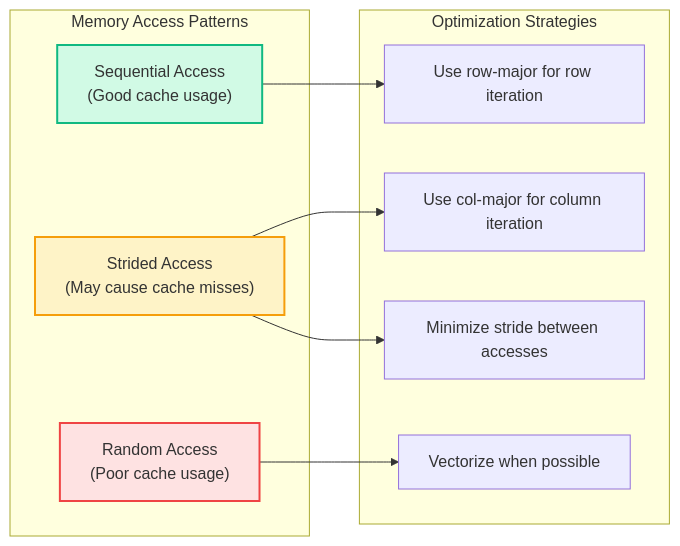
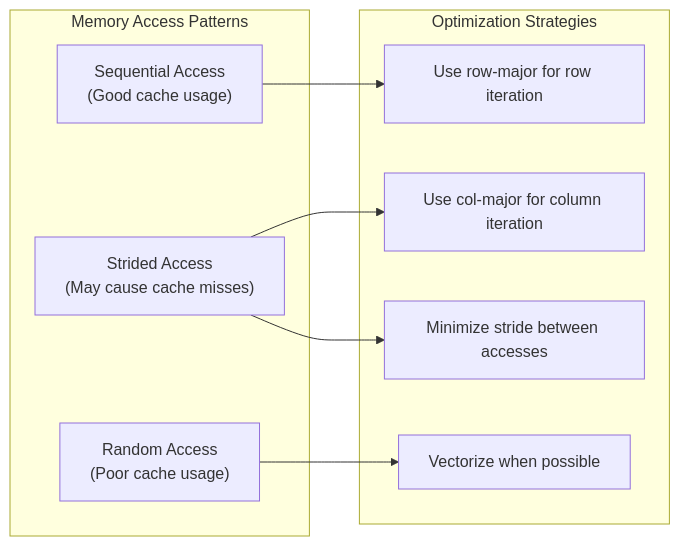
One commit to hdt98/rocm-libraries changed the fourth of 5 diagrams in projects/composablekernel/docs/conceptual/ck_tile/tensor_views.rst. Above: the diagram before and after it, drawn with Mermaid. The commit also changed other lines of this file and 21 other files, not shown here.

First line of the commit message:
[ck] Updated CK Tile documentation to use mermaid diagrams (#7955)

```diff
--- a/projects/composablekernel/docs/conceptual/ck_tile/tensor_views.rst
+++ b/projects/composablekernel/docs/conceptual/ck_tile/tensor_views.rst
@@ -335,24 +268,20 @@
-      .. mermaid::
-      
-         graph LR
-             subgraph "Memory Access Patterns"
-                 Seq["Sequential Access<br/>(Good cache usage)"]
-                 Stride["Strided Access<br/>(May cause cache misses)"]
-                 Random["Random Access<br/>(Poor cache usage)"]
-             end
-   
-             subgraph "Optimization Strategies"
-                 Opt1["Use row-major for row iteration"]
-                 Opt2["Use col-major for column iteration"]
-                 Opt3["Minimize stride between accesses"]
-                 Opt4["Vectorize when possible"]
-             end
-   
-             Seq --> Opt1
-             Stride --> Opt2
-             Stride --> Opt3
-             Random --> Opt4
-   
-             style Seq fill:#d1fae5,stroke:#10b981,stroke-width:2px
-             style Stride fill:#fef3c7,stroke:#f59e0b,stroke-width:2px
-             style Random fill:#fee2e2,stroke:#ef4444,stroke-width:2px
+.. mermaid::
+
+   graph LR
+       subgraph "Memory Access Patterns"
+           Seq["Sequential Access<br/>(Good cache usage)"]
+           Stride["Strided Access<br/>(May cause cache misses)"]
+           Random["Random Access<br/>(Poor cache usage)"]
+       end
+
+       subgraph "Optimization Strategies"
+           Opt1["Use row-major for row iteration"]
+           Opt2["Use col-major for column iteration"]
+           Opt3["Minimize stride between accesses"]
+           Opt4["Vectorize when possible"]
+       end
+
+       Seq --> Opt1
+       Stride --> Opt2
+       Stride --> Opt3
+       Random --> Opt4
```
